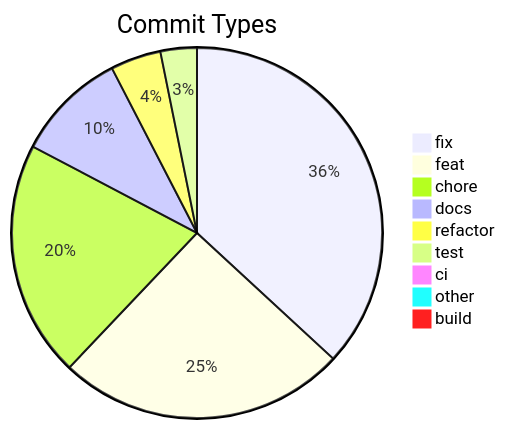
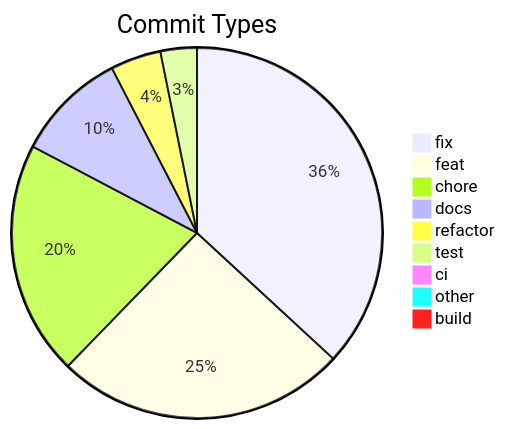
One commit to svenroth-ai/shipwright-webui changed the diagram in .shipwright/compliance/change-history.md. Above: the diagram before and after it, drawn with Mermaid. The commit also changed other lines of this file and 20 other files, not shown here.

````diff
--- a/.shipwright/compliance/change-history.md
+++ b/.shipwright/compliance/change-history.md
@@ -8,12 +8,12 @@
 ```mermaid
 pie title Commit Types
     "fix" : 209
-    "feat" : 143
-    "chore" : 117
+    "feat" : 144
+    "chore" : 116
     "docs" : 55
     "refactor" : 25
     "test" : 18
     "ci" : 5
     "other" : 4
     "build" : 1
 ```
````
